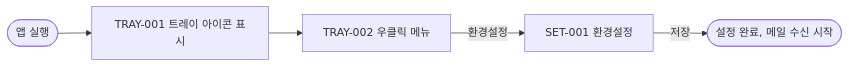
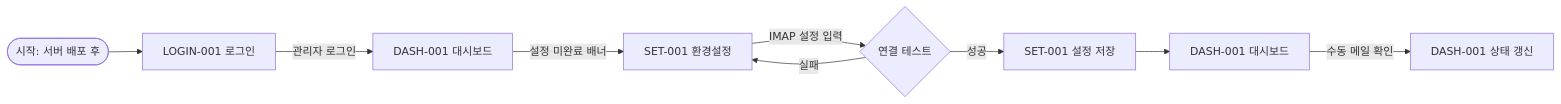
One commit to woongki-jung/Hackathon changed the first of 5 diagrams in docs/specs/screens/spec-screens.md. Above: the diagram before and after it, drawn with Mermaid. The commit also changed other lines of this file and 113 other files, not shown here.

````diff
--- a/docs/specs/screens/spec-screens.md
+++ b/docs/specs/screens/spec-screens.md
@@ -56,7 +75,11 @@
 ```mermaid
 flowchart LR
-    A([앱 실행]) --> B[TRAY-001 트레이 아이콘 표시]
-    B --> C[TRAY-002 우클릭 메뉴]
-    C -- 환경설정 --> D[SET-001 환경설정]
-    D -- 저장 --> E([설정 완료, 메일 수신 시작])
+    A([시작: 서버 배포 후]) --> B[LOGIN-001 로그인]
+    B -->|관리자 로그인| C[DASH-001 대시보드]
+    C -->|설정 미완료 배너| D[SET-001 환경설정]
+    D -->|IMAP 설정 입력| E{연결 테스트}
+    E -->|성공| F[SET-001 설정 저장]
+    E -->|실패| D
+    F --> G[DASH-001 대시보드]
+    G -->|수동 메일 확인| H[DASH-001 상태 갱신]
 ```
````
